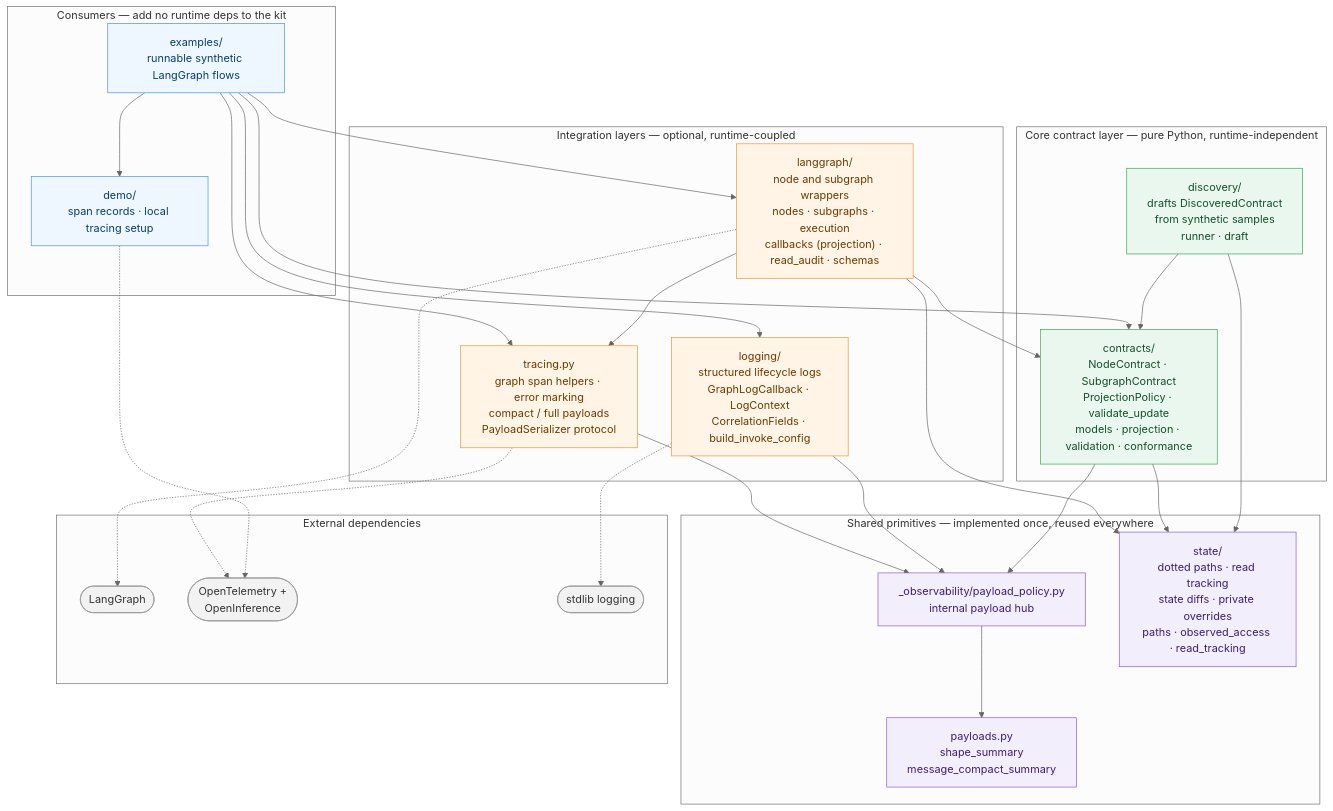
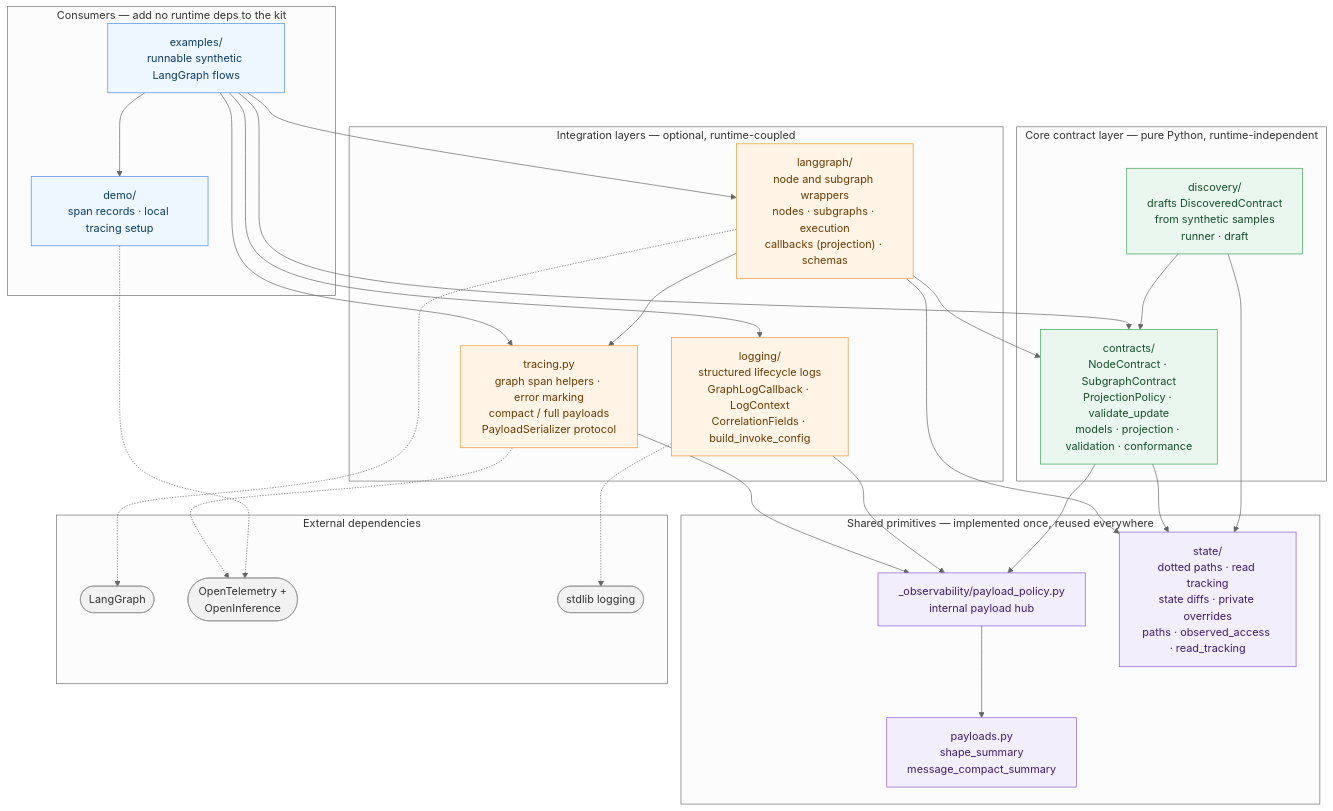
The diagram in docs/architecture.md (dahyeK0420/graphobs), drawn with Mermaid (neutral theme) before and after one commit. The commit also changed other lines of this file and 30 other files, not shown here.

Commit message:
feature: consolidating node-mode resolution, runtime read enforcement, projection-policy behavior, log-callback state, and span-input projection into single homes

````diff
--- a/docs/architecture.md
+++ b/docs/architecture.md
@@ -12,76 +12,76 @@
 ```mermaid
 flowchart TD
     %% ---------- Consumers ----------
     subgraph consumers["Consumers — add no runtime deps to the kit"]
         examples["examples/<br/>runnable synthetic LangGraph flows"]
         demo["demo/<br/>span records · local tracing setup"]
     end
 
     %% ---------- Integration (optional, runtime-coupled) ----------
     subgraph integration["Integration layers — optional, runtime-coupled"]
-        lg["langgraph/<br/>node and subgraph wrappers<br/>nodes · subgraphs · execution<br/>callbacks (projection) · read_audit · schemas"]
+        lg["langgraph/<br/>node and subgraph wrappers<br/>nodes · subgraphs · execution<br/>callbacks (projection) · schemas"]
         tracing["tracing.py<br/>graph span helpers · error marking<br/>compact / full payloads<br/>PayloadSerializer protocol"]
         logging["logging/<br/>structured lifecycle logs<br/>GraphLogCallback · LogContext<br/>CorrelationFields · build_invoke_config"]
     end
 
     %% ---------- Core (pure Python) ----------
     subgraph core["Core contract layer — pure Python, runtime-independent"]
         contracts["contracts/<br/>NodeContract · SubgraphContract<br/>ProjectionPolicy · validate_update<br/>models · projection · validation · conformance"]
         discovery["discovery/<br/>drafts DiscoveredContract<br/>from synthetic samples<br/>runner · draft"]
     end
 
     %% ---------- Shared primitives ----------
     subgraph shared["Shared primitives — implemented once, reused everywhere"]
         policy["_observability/payload_policy.py<br/>internal payload hub"]
         payloads["payloads.py<br/>shape_summary<br/>message_compact_summary"]
         state["state/<br/>dotted paths · read tracking<br/>state diffs · private overrides<br/>paths · observed_access · read_tracking"]
     end
 
     %% ---------- External ----------
     subgraph external["External dependencies"]
         lgrt(["LangGraph"])
         otel(["OpenTelemetry +<br/>OpenInference"])
         stdlog(["stdlib logging"])
     end
 
     %% Consumer edges
     examples --> lg
     examples --> contracts
     examples --> tracing
     examples --> logging
     examples --> demo
 
     %% Integration edges
     lg --> contracts
     lg --> state
     lg --> tracing
     tracing --> policy
     logging --> policy
 
     %% Core edges
     contracts --> policy
     contracts --> state
     discovery --> contracts
     discovery --> state
 
     %% Shared edges
     policy --> payloads
 
     %% External edges
     lg -.-> lgrt
     tracing -.-> otel
     logging -.-> stdlog
     demo -.-> otel
 
     classDef consumerCls fill:#eef7ff,stroke:#4a90d9,color:#0b3d66;
     classDef integrationCls fill:#fff4e6,stroke:#e8973a,color:#6b3b00;
     classDef coreCls fill:#eaf7ee,stroke:#3aa657,color:#14502a;
     classDef sharedCls fill:#f3eefb,stroke:#8a5cd1,color:#3d1f70;
     classDef externalCls fill:#f2f2f2,stroke:#999999,color:#333333;
 
     class examples,demo consumerCls;
     class lg,tracing,logging integrationCls;
     class contracts,discovery coreCls;
     class policy,payloads,state sharedCls;
     class lgrt,otel,stdlog externalCls;
 ```
````
